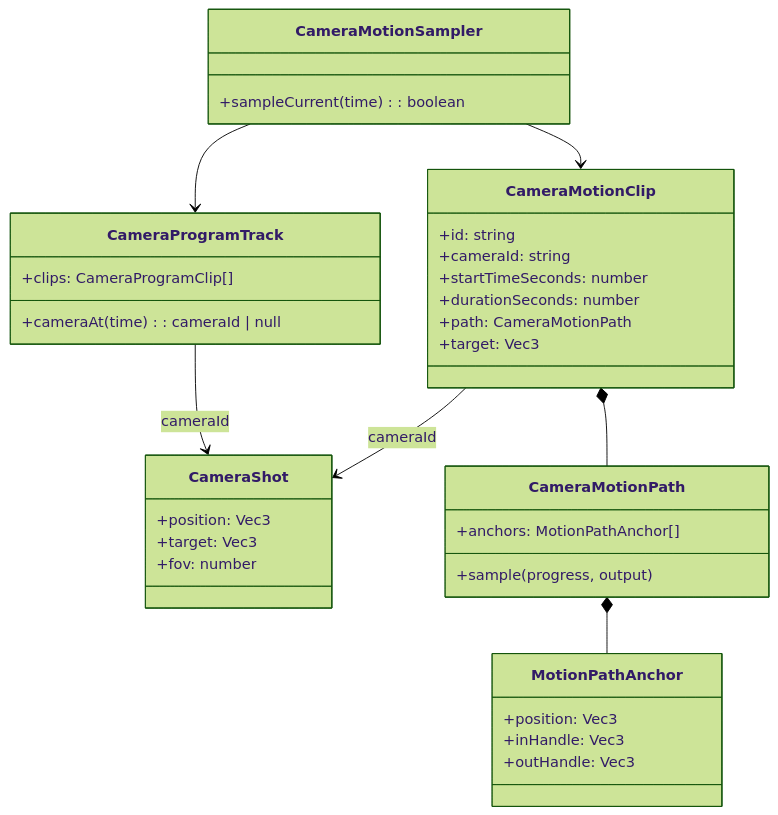
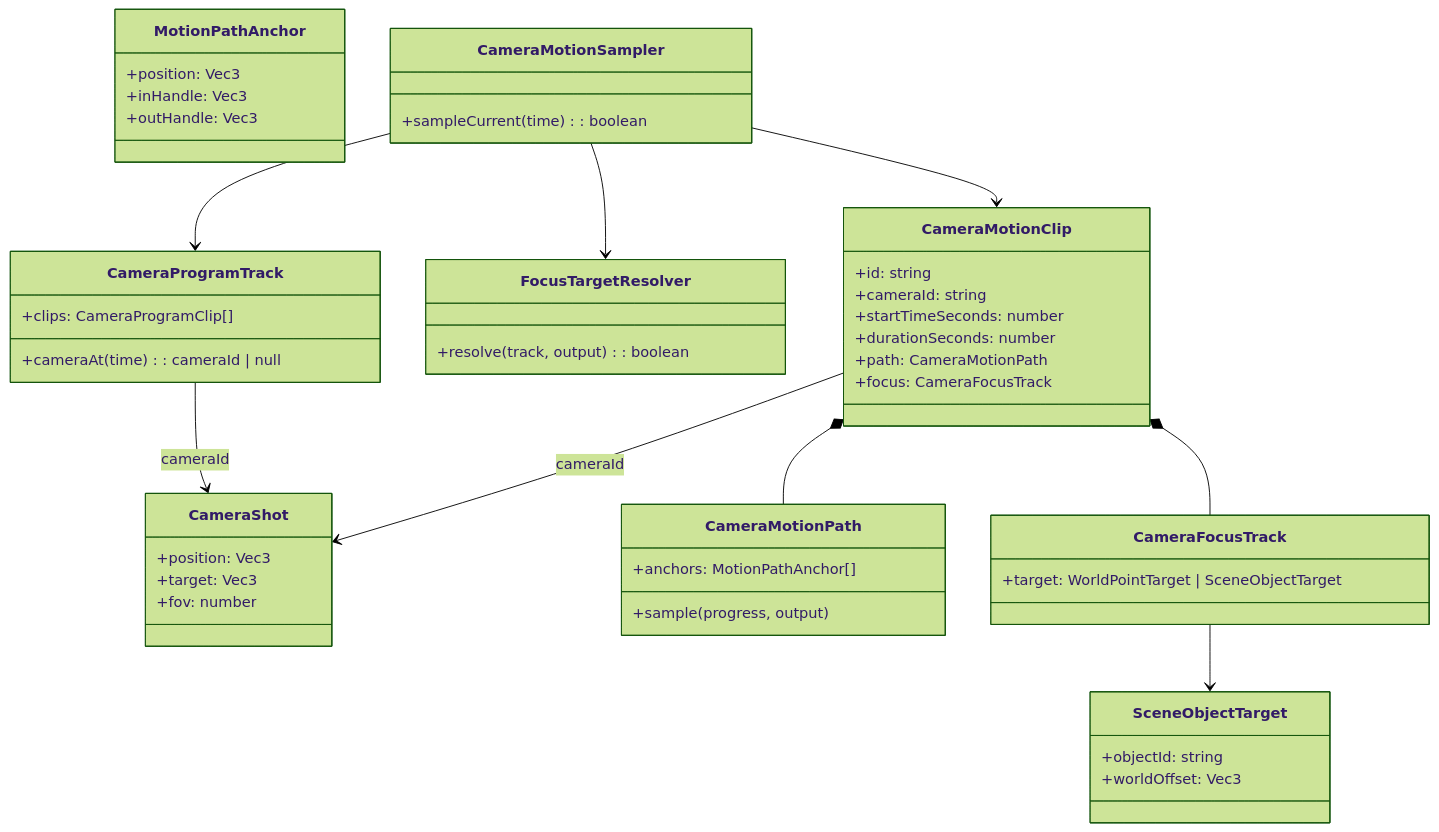
Before and after one commit to amwyygyuge/3d-director-desk: the first of 2 diagrams in docs/exec2/02-camera-motion.md, drawn with Mermaid (forest theme). The commit also changed other lines of this file and 17 other files, not shown here.

Commit message:
feat: bind camera focus to scene objects

````diff
--- a/docs/exec2/02-camera-motion.md
+++ b/docs/exec2/02-camera-motion.md
@@ -15,38 +15,50 @@
 ```mermaid
 classDiagram
     class CameraShot {
         +position: Vec3
         +target: Vec3
         +fov: number
     }
     class CameraMotionClip {
         +id: string
         +cameraId: string
         +startTimeSeconds: number
         +durationSeconds: number
         +path: CameraMotionPath
-        +target: Vec3
+        +focus: CameraFocusTrack
     }
     class CameraMotionPath {
         +anchors: MotionPathAnchor[]
         +sample(progress, output)
     }
     class MotionPathAnchor {
         +position: Vec3
         +inHandle: Vec3
         +outHandle: Vec3
     }
+    class CameraFocusTrack {
+        +target: WorldPointTarget | SceneObjectTarget
+    }
+    class SceneObjectTarget {
+        +objectId: string
+        +worldOffset: Vec3
+    }
+    class FocusTargetResolver {
+        +resolve(track, output): boolean
+    }
     class CameraProgramTrack {
         +clips: CameraProgramClip[]
         +cameraAt(time): cameraId | null
     }
     class CameraMotionSampler {
         +sampleCurrent(time): boolean
     }
     CameraMotionClip --> CameraShot : cameraId
     CameraMotionClip *-- CameraMotionPath
-    CameraMotionPath *-- MotionPathAnchor
+    CameraMotionClip *-- CameraFocusTrack
+    CameraFocusTrack --> SceneObjectTarget
+    CameraMotionSampler --> FocusTargetResolver
     CameraProgramTrack --> CameraShot : cameraId
     CameraMotionSampler --> CameraMotionClip
     CameraMotionSampler --> CameraProgramTrack
 ```
````
